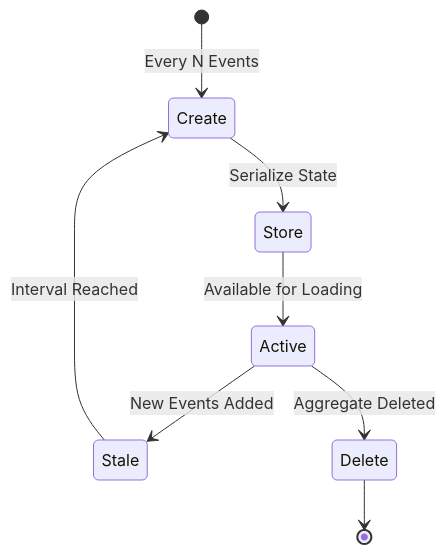
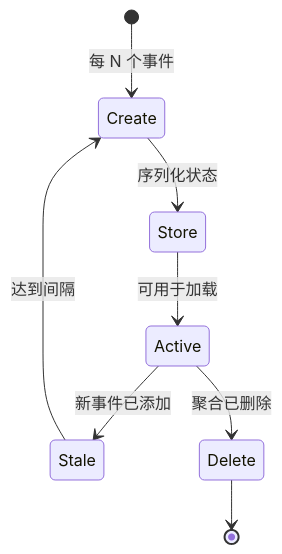
One commit to Ahoo-Wang/Wow changed the second of 2 diagrams in documentation/docs/zh/guide/snapshot.md. Above: the diagram before and after it, drawn with Mermaid. The commit also changed other lines of this file and 11 other files, not shown here.

````diff
--- a/documentation/docs/zh/guide/snapshot.md
+++ b/documentation/docs/zh/guide/snapshot.md
@@ -89,10 +89,10 @@
 ```mermaid
 stateDiagram-v2
-    [*] --> Create: Every N Events
-    Create --> Store: Serialize State
-    Store --> Active: Available for Loading
-    Active --> Stale: New Events Added
-    Stale --> Create: Interval Reached
-    Active --> Delete: Aggregate Deleted
+    [*] --> Create: 每 N 个事件
+    Create --> Store: 序列化状态
+    Store --> Active: 可用于加载
+    Active --> Stale: 新事件已添加
+    Stale --> Create: 达到间隔
+    Active --> Delete: 聚合已删除
     Delete --> [*]
 ```
````
